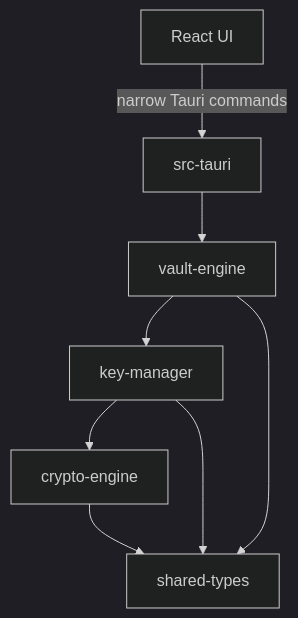
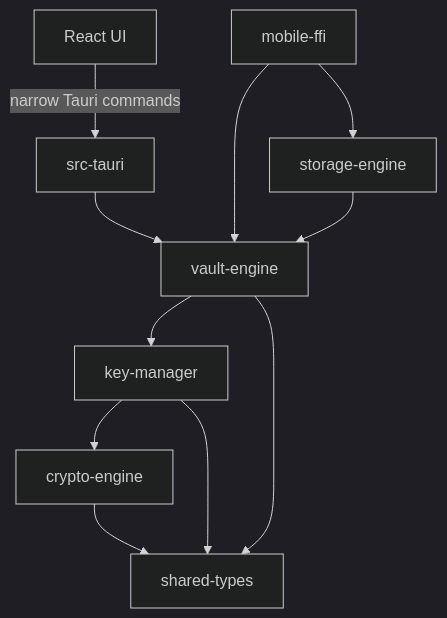
One commit to breaking-bash/securevault changed the diagram in docs/architecture/README.md. Above: the diagram before and after it, drawn with Mermaid (dark theme). The commit also changed other lines of this file and 5 other files, not shown here.

Commit message:
mobile-ffi facade; key-manager envelope serialization; docs

````diff
--- a/docs/architecture/README.md
+++ b/docs/architecture/README.md
@@ -26,10 +28,13 @@
 ```mermaid
 graph TD
   UI[React UI] -->|narrow Tauri commands| Shell[src-tauri]
   Shell --> VE[vault-engine]
+  FFI[mobile-ffi] --> VE
+  FFI --> SE[storage-engine]
+  SE --> VE
   VE --> KM[key-manager]
   KM --> CE[crypto-engine]
   CE --> ST[shared-types]
   KM --> ST
   VE --> ST
 ```
````
